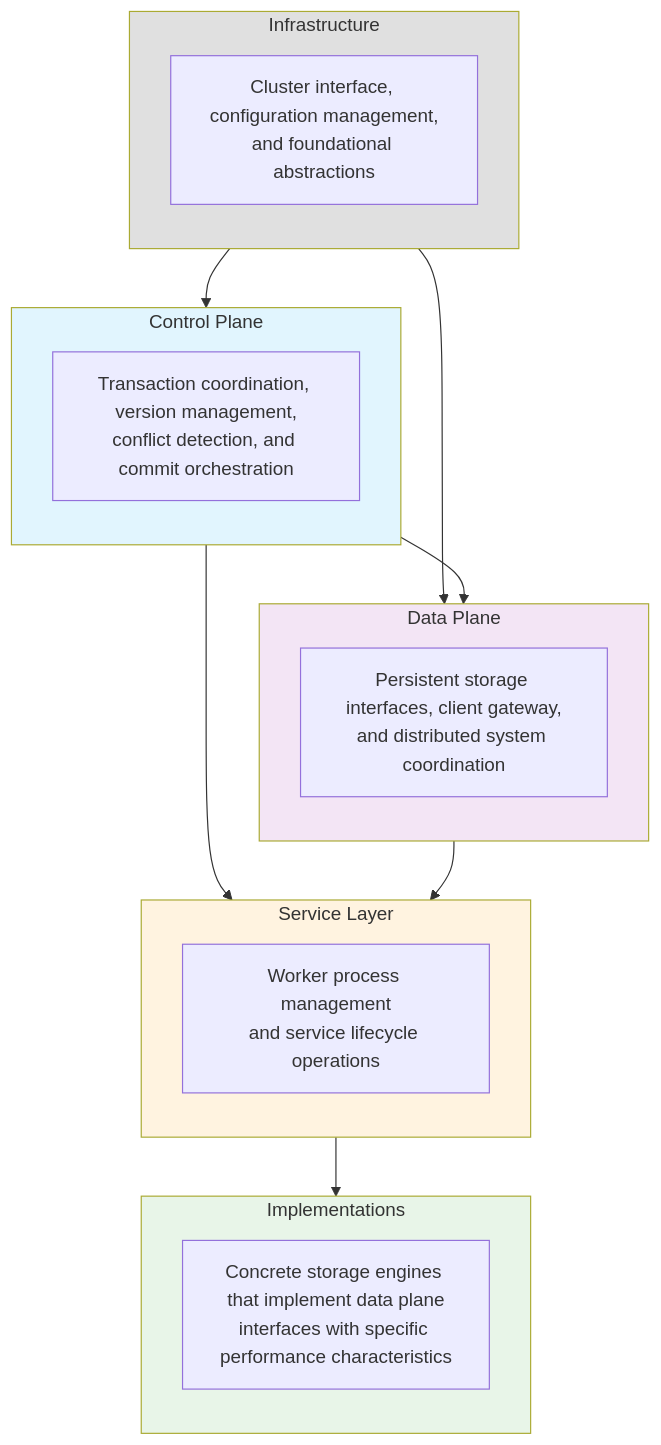
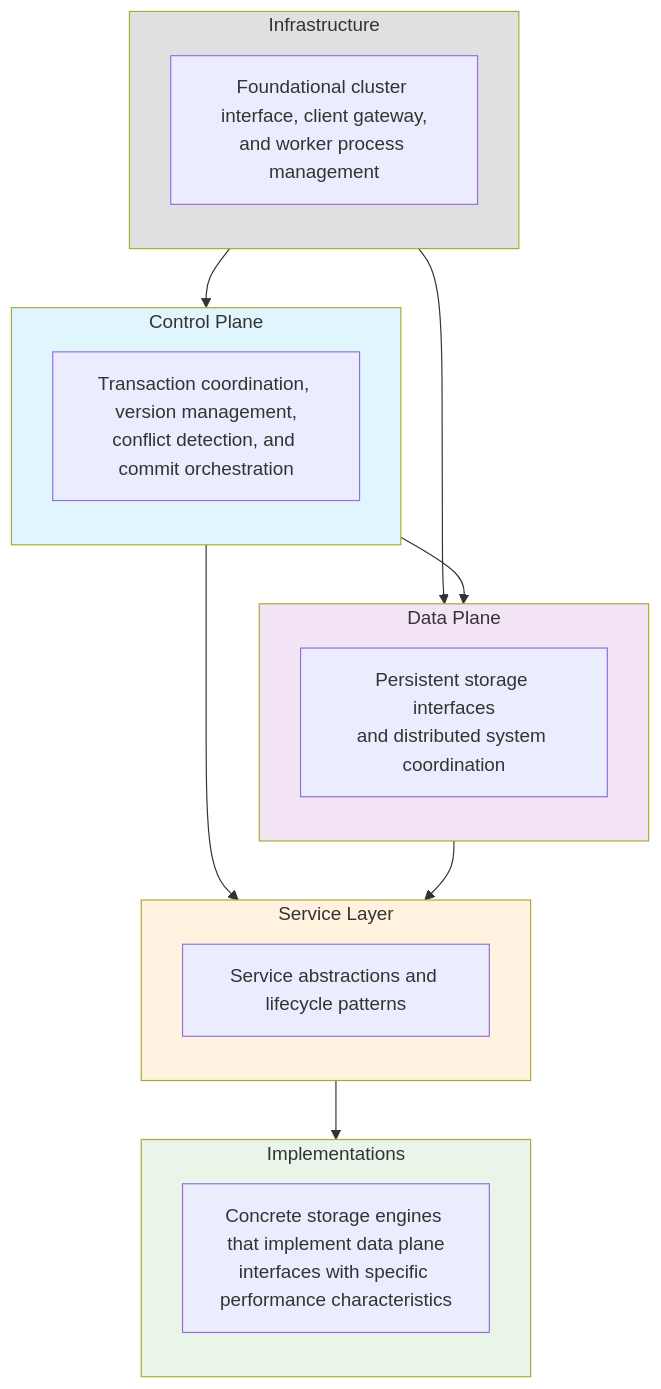
The diagram in guides/components/README.md (bedrock-kv/bedrock), drawn with Mermaid before and after one commit. The commit also changed other lines of this file and 38 other files, not shown here.

````diff
--- a/guides/components/README.md
+++ b/guides/components/README.md
@@ -9,40 +9,40 @@
 ```mermaid
 graph TD
     subgraph INFRA["Infrastructure"]
         direction TB
-        INFRA_DESC["Cluster interface, configuration management,<br/>and foundational abstractions"]
+        INFRA_DESC["Foundational cluster interface, client gateway,<br/>and worker process management"]
     end
     
     subgraph CP["Control Plane"]
         direction TB
         CP_DESC["Transaction coordination, version management,<br/>conflict detection, and commit orchestration"]
     end
     
     subgraph DP["Data Plane"]
         direction TB
-        DP_DESC["Persistent storage interfaces, client gateway,<br/>and distributed system coordination"]
+        DP_DESC["Persistent storage interfaces<br/>and distributed system coordination"]
     end
     
     subgraph SVC["Service Layer"]
         direction TB
-        SVC_DESC["Worker process management<br/>and service lifecycle operations"]
+        SVC_DESC["Service abstractions and lifecycle patterns"]
     end
     
     subgraph IMPL["Implementations"]
         direction TB
         IMPL_DESC["Concrete storage engines that implement data plane<br/>interfaces with specific performance characteristics"]
     end
     
     INFRA --> CP
     INFRA --> DP
     CP --> DP
     CP --> SVC
     DP --> SVC
     SVC --> IMPL
     
     style INFRA fill:#e0e0e0
     style CP fill:#e1f5fe
     style DP fill:#f3e5f5
     style SVC fill:#fff3e0
     style IMPL fill:#e8f5e8
 ```
````
